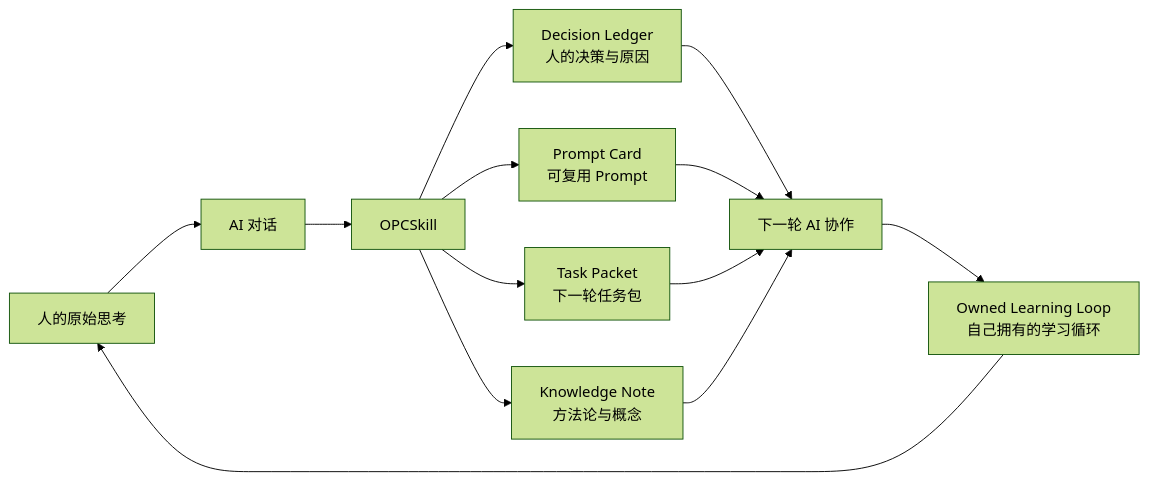
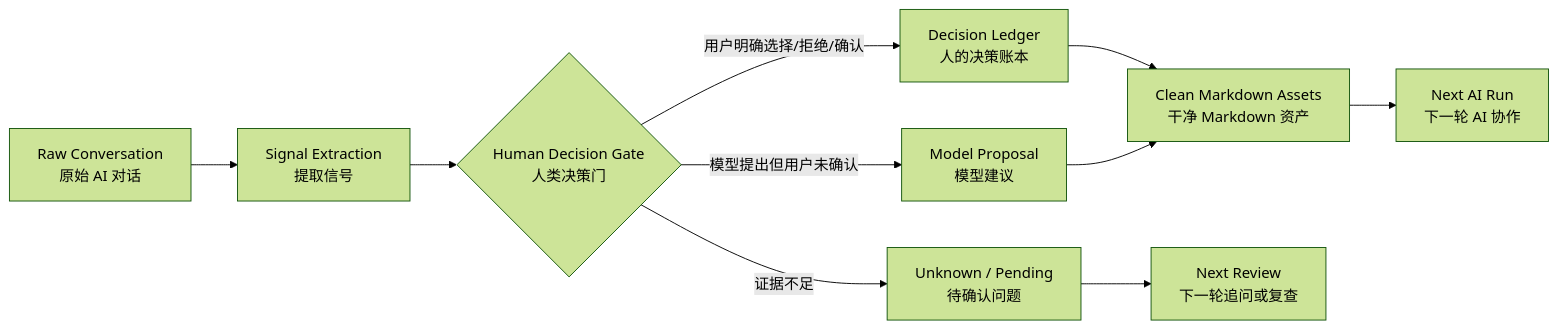
Before and after one commit to aDragon0707/opcskill: the first of 3 diagrams in README.md, drawn with Mermaid (forest theme). The commit also changed other lines of this file and 3 other files, not shown here.

````diff
--- a/README.md
+++ b/README.md
@@ -24,15 +17,12 @@
 ```mermaid
 flowchart LR
-  A["人的原始思考"] --> B["AI 对话"]
-  B --> C["OPCSkill"]
-  C --> D["Decision Ledger<br/>人的决策与原因"]
-  C --> E["Prompt Card<br/>可复用 Prompt"]
-  C --> F["Task Packet<br/>下一轮任务包"]
-  C --> G["Knowledge Note<br/>方法论与概念"]
-  D --> H["下一轮 AI 协作"]
-  E --> H
-  F --> H
-  G --> H
-  H --> I["Owned Learning Loop<br/>自己拥有的学习循环"]
-  I --> A
+  A["Raw Conversation<br/>原始 AI 对话"] --> B["Signal Extraction<br/>提取信号"]
+  B --> C{"Human Decision Gate<br/>人类决策门"}
+  C -->|用户明确选择/拒绝/确认| D["Decision Ledger<br/>人的决策账本"]
+  C -->|模型提出但用户未确认| E["Model Proposal<br/>模型建议"]
+  C -->|证据不足| F["Unknown / Pending<br/>待确认问题"]
+  D --> G["Clean Markdown Assets<br/>干净 Markdown 资产"]
+  E --> G
+  F --> H["Next Review<br/>下一轮追问或复查"]
+  G --> I["Next AI Run<br/>下一轮 AI 协作"]
 ```
````
